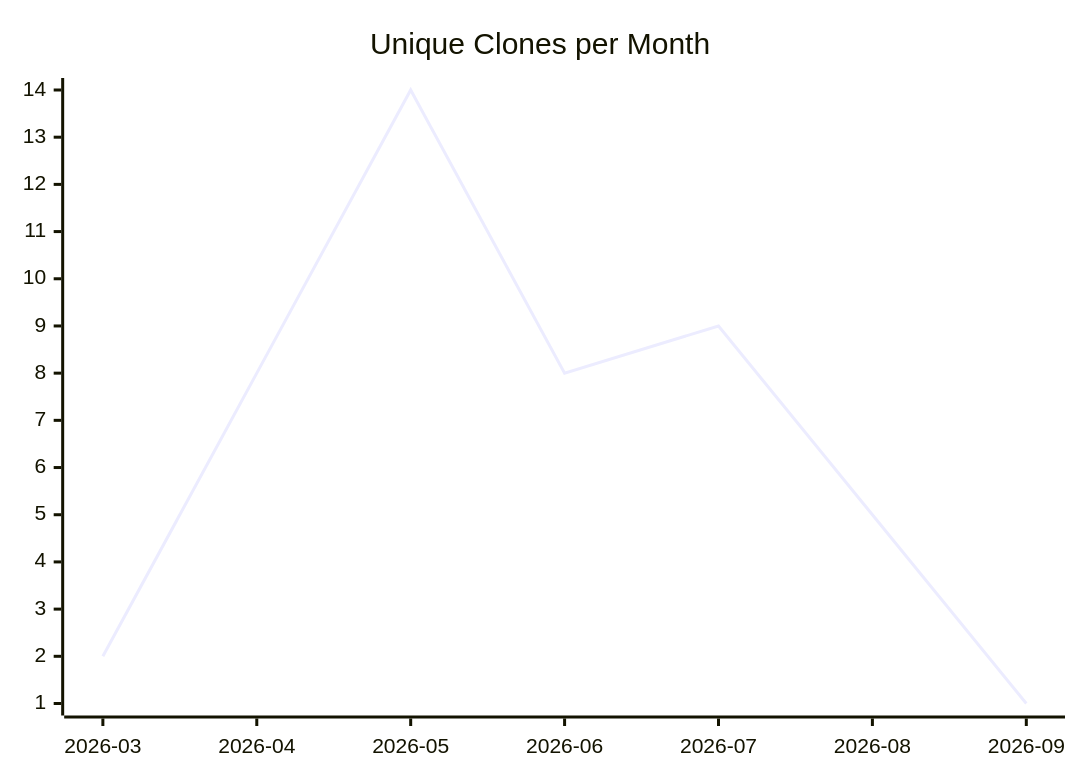
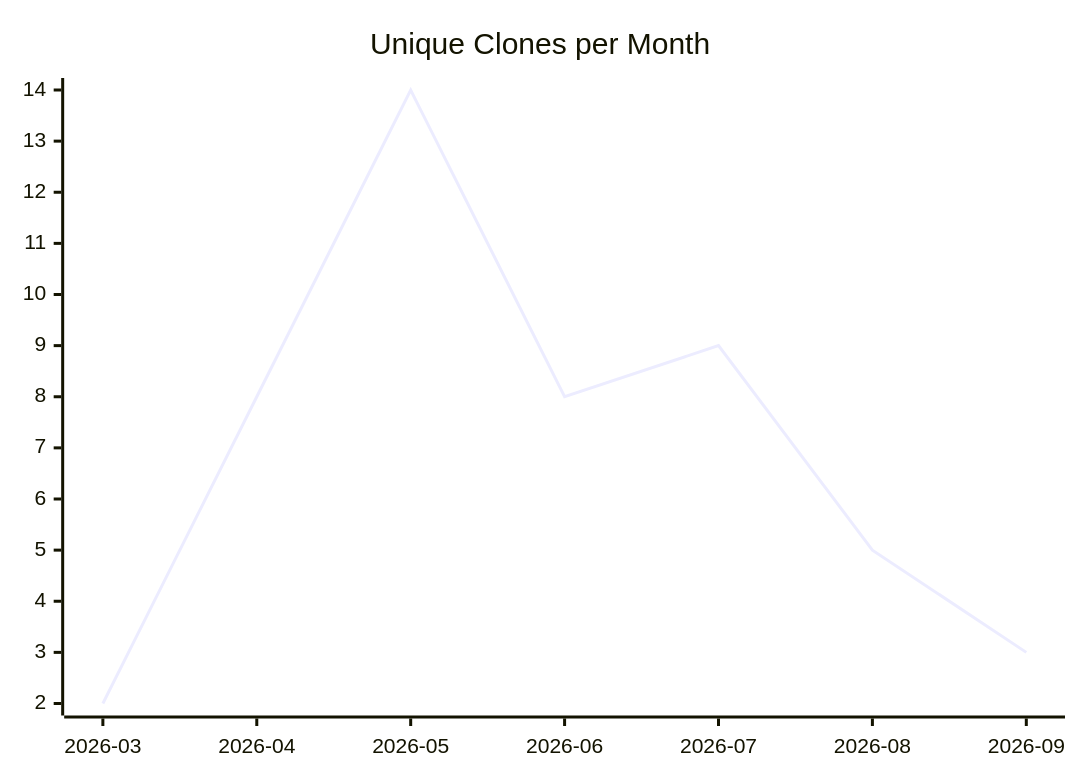
One commit to justdavis-family/github-analytics-data changed the third of 3 diagrams in karlmdavis/kobjects/README.md. Above: the diagram before and after it, drawn with Mermaid. The commit also changed other lines of this file and 192 other files, not shown here.

````diff
--- a/karlmdavis/kobjects/README.md
+++ b/karlmdavis/kobjects/README.md
@@ -19,6 +19,6 @@
 ```mermaid
 xychart-beta
   title "Unique Clones per Month"
   x-axis ["2026-03", "2026-04", "2026-05", "2026-06", "2026-07", "2026-08", "2026-09"]
-  line [2, 8, 14, 8, 9, 5, 1]
+  line [2, 8, 14, 8, 9, 5, 3]
 ```
````
